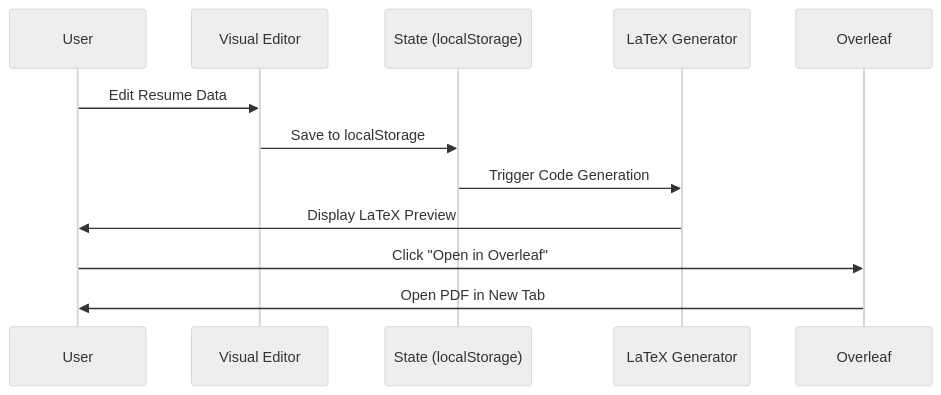
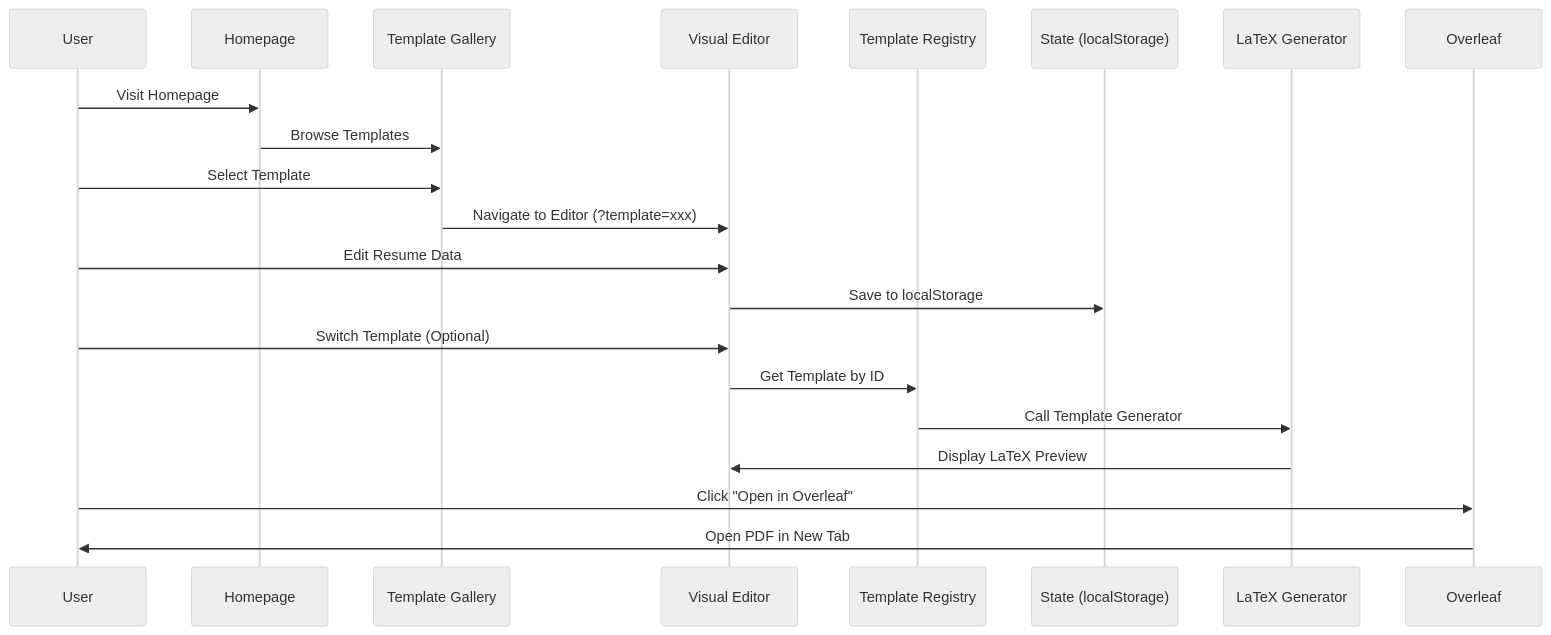
One commit to ChanMeng666/easy-resume changed the first of 2 diagrams in README.md. Above: the diagram before and after it, drawn with Mermaid (neutral theme). The commit also changed other lines of this file and 3 other files, not shown here.

First line of the commit message:
docs: update documentation to reflect current architecture

````diff
--- a/README.md
+++ b/README.md
@@ -283,15 +302,24 @@
 ```mermaid
 sequenceDiagram
     participant U as User
+    participant H as Homepage
+    participant T as Template Gallery
     participant E as Visual Editor
+    participant R as Template Registry
     participant S as State (localStorage)
     participant G as LaTeX Generator
     participant O as Overleaf
 
+    U->>H: Visit Homepage
+    H->>T: Browse Templates
+    U->>T: Select Template
+    T->>E: Navigate to Editor (?template=xxx)
     U->>E: Edit Resume Data
     E->>S: Save to localStorage
-    S->>G: Trigger Code Generation
-    G->>U: Display LaTeX Preview
+    U->>E: Switch Template (Optional)
+    E->>R: Get Template by ID
+    R->>G: Call Template Generator
+    G->>E: Display LaTeX Preview
     U->>O: Click "Open in Overleaf"
     O->>U: Open PDF in New Tab
 ```
````
